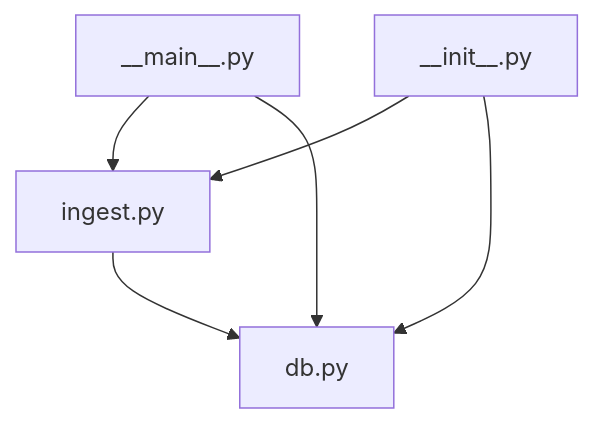
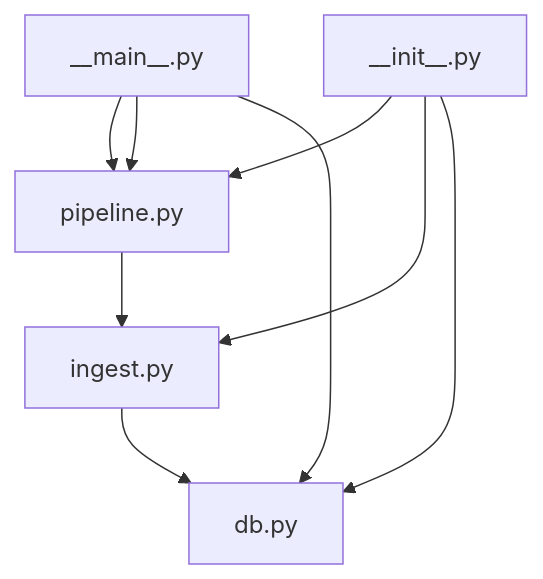
Before and after one commit to ZengSeng/telegram-bot: the seventh of 7 diagrams in .qoder/repowiki/en/content/Core Components/Data Engineering Module.md, drawn with Mermaid. The commit also changed other lines of this file and 10 other files, not shown here.

````diff
--- a/.qoder/repowiki/en/content/Core Components/Data Engineering Module.md
+++ b/.qoder/repowiki/en/content/Core Components/Data Engineering Module.md
@@ -334,8 +439,11 @@
 ```mermaid
 graph TB
-Main["__main__.py"] --> Ingest["ingest.py"]
+Main["__main__.py"] --> Pipeline["pipeline.py"]
+Pipeline --> Ingest["ingest.py"]
 Ingest --> DB["db.py"]
-Init["__init__.py"] --> Ingest
+Init["__init__.py"] --> Pipeline
+Init --> Ingest
 Init --> DB
+Main --> Pipeline
 Main --> DB
 ```
````
